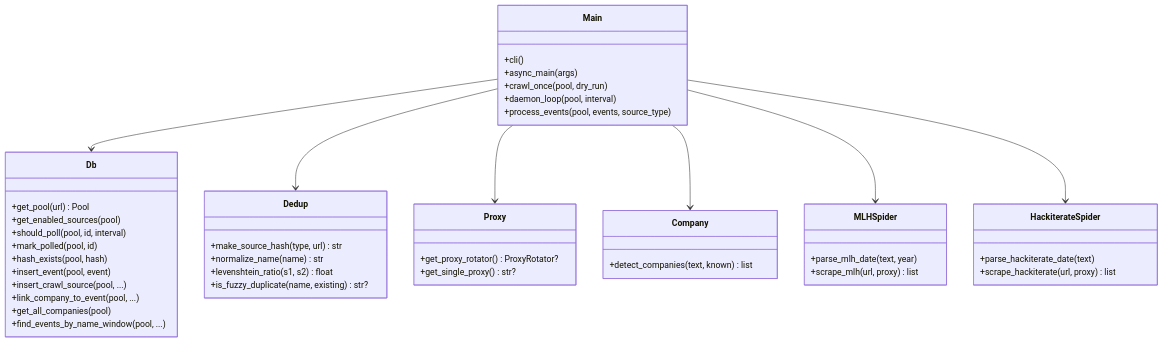
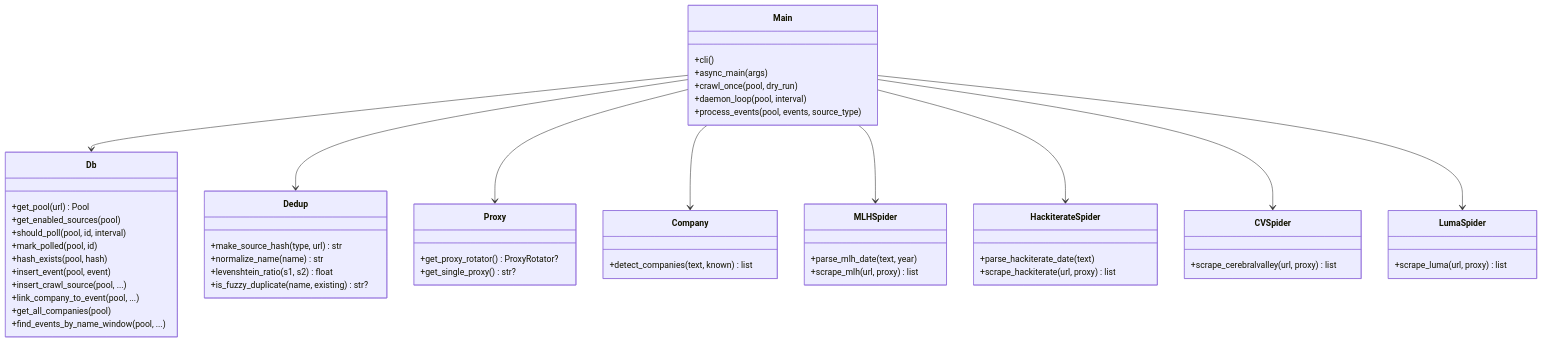
The first of 3 diagrams in services/crawler/README.md (undeemed/ratemyhackathons), drawn with Mermaid before and after one commit. The commit also changed other lines of this file and 20 other files, not shown here.

````diff
--- a/services/crawler/README.md
+++ b/services/crawler/README.md
@@ -7,50 +7,58 @@
 ```mermaid
 classDiagram
     class Main {
         +cli()
         +async_main(args)
         +crawl_once(pool, dry_run)
         +daemon_loop(pool, interval)
         +process_events(pool, events, source_type)
     }
     class Db {
         +get_pool(url) Pool
         +get_enabled_sources(pool)
         +should_poll(pool, id, interval)
         +mark_polled(pool, id)
         +hash_exists(pool, hash)
         +insert_event(pool, event)
         +insert_crawl_source(pool, ...)
         +link_company_to_event(pool, ...)
         +get_all_companies(pool)
         +find_events_by_name_window(pool, ...)
     }
     class Dedup {
         +make_source_hash(type, url) str
         +normalize_name(name) str
         +levenshtein_ratio(s1, s2) float
         +is_fuzzy_duplicate(name, existing) str?
     }
     class Proxy {
         +get_proxy_rotator() ProxyRotator?
         +get_single_proxy() str?
     }
     class Company {
         +detect_companies(text, known) list
     }
     class MLHSpider {
         +parse_mlh_date(text, year)
         +scrape_mlh(url, proxy) list
     }
     class HackiterateSpider {
         +parse_hackiterate_date(text)
         +scrape_hackiterate(url, proxy) list
     }
+    class CVSpider {
+        +scrape_cerebralvalley(url, proxy) list
+    }
+    class LumaSpider {
+        +scrape_luma(url, proxy) list
+    }
 
     Main --> Db
     Main --> Dedup
     Main --> Proxy
     Main --> Company
     Main --> MLHSpider
     Main --> HackiterateSpider
+    Main --> CVSpider
+    Main --> LumaSpider
 ```
````
